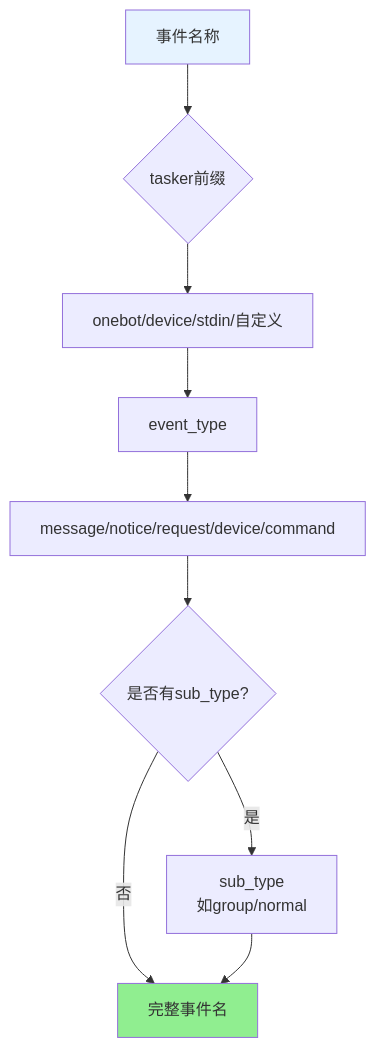
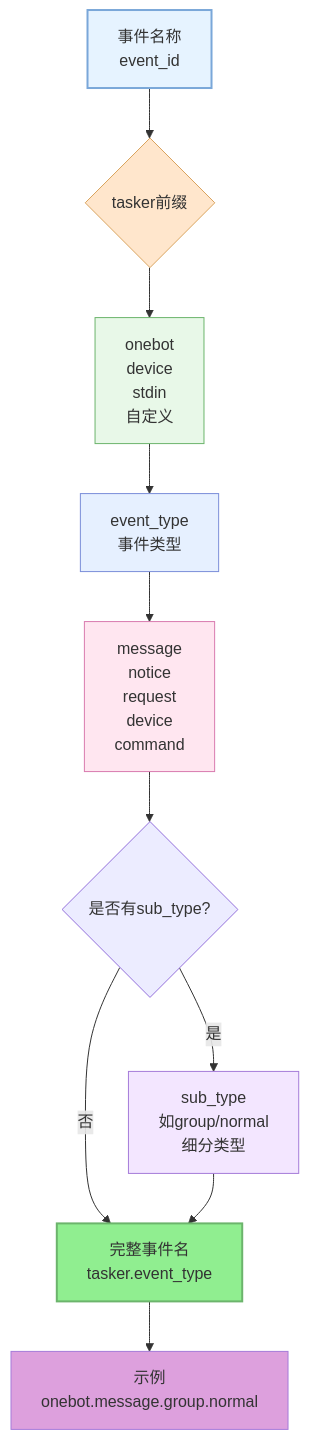
The first of 4 diagrams in docs/事件系统标准化文档.md (sunflowermm/XRK-AGT), drawn with Mermaid before and after one commit. The commit also changed other lines of this file and 17 other files, not shown here.

````diff
--- a/docs/事件系统标准化文档.md
+++ b/docs/事件系统标准化文档.md
@@ -9,14 +11,21 @@
 ```mermaid
 flowchart TB
-    A[事件名称] --> B{tasker前缀}
-    B --> C[onebot/device/stdin/自定义]
-    C --> D[event_type]
-    D --> E[message/notice/request/device/command]
+    A["事件名称<br/>event_id"] --> B{tasker前缀}
+    B --> C["onebot<br/>device<br/>stdin<br/>自定义"]
+    C --> D["event_type<br/>事件类型"]
+    D --> E["message<br/>notice<br/>request<br/>device<br/>command"]
     E --> F{是否有sub_type?}
-    F -->|是| G[sub_type<br/>如group/normal]
-    F -->|否| H[完整事件名]
+    F -->|是| G["sub_type<br/>如group/normal<br/>细分类型"]
+    F -->|否| H["完整事件名<br/>tasker.event_type"]
     G --> H
+    H --> I["示例<br/>onebot.message.group.normal"]
     
-    style A fill:#E6F3FF
-    style H fill:#90EE90
+    style A fill:#E6F3FF,stroke:#7AA7D9,stroke-width:2px
+    style B fill:#FFE6CC,stroke:#D9A35D
+    style C fill:#E8F8E8,stroke:#6CB46C
+    style D fill:#E6F0FF,stroke:#7B8ED9
+    style E fill:#FFE6F0,stroke:#D97BAF
+    style G fill:#F3E6FF,stroke:#A57BD9
+    style H fill:#90EE90,stroke:#6CB46C,stroke-width:2px
+    style I fill:#DDA0DD,stroke:#A57BD9
 ```
````
